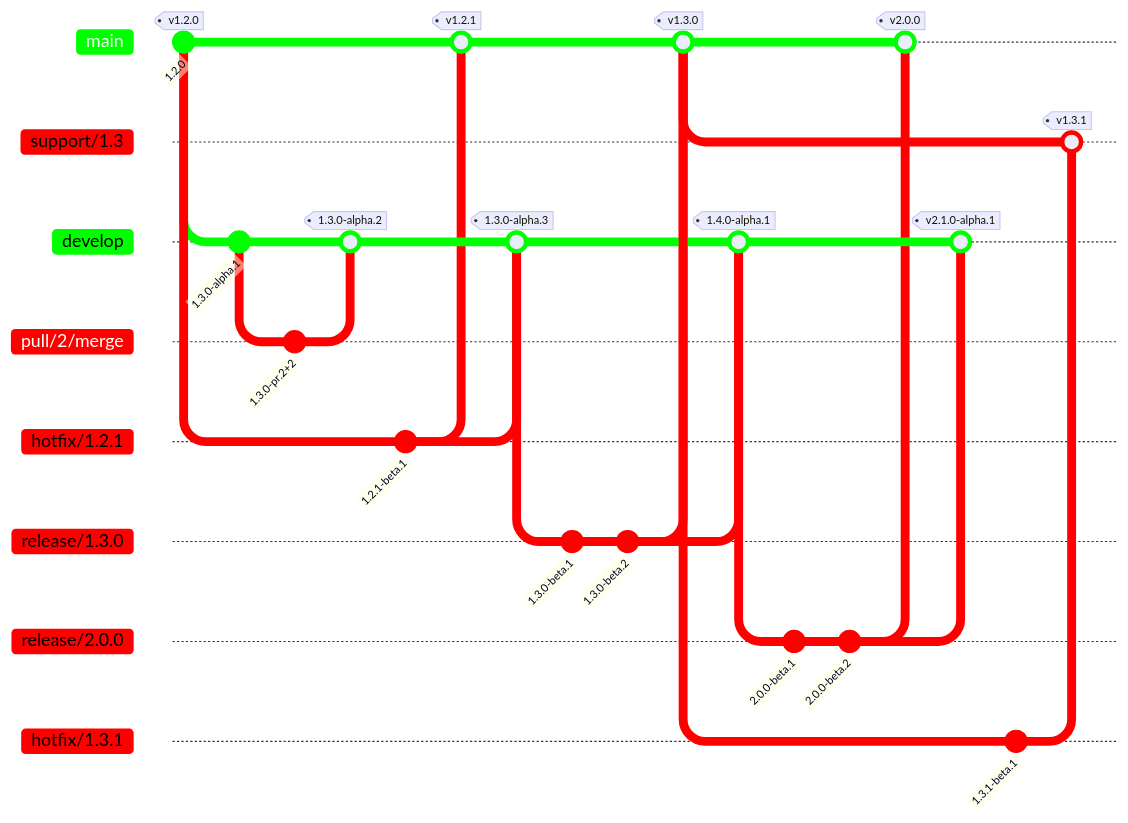
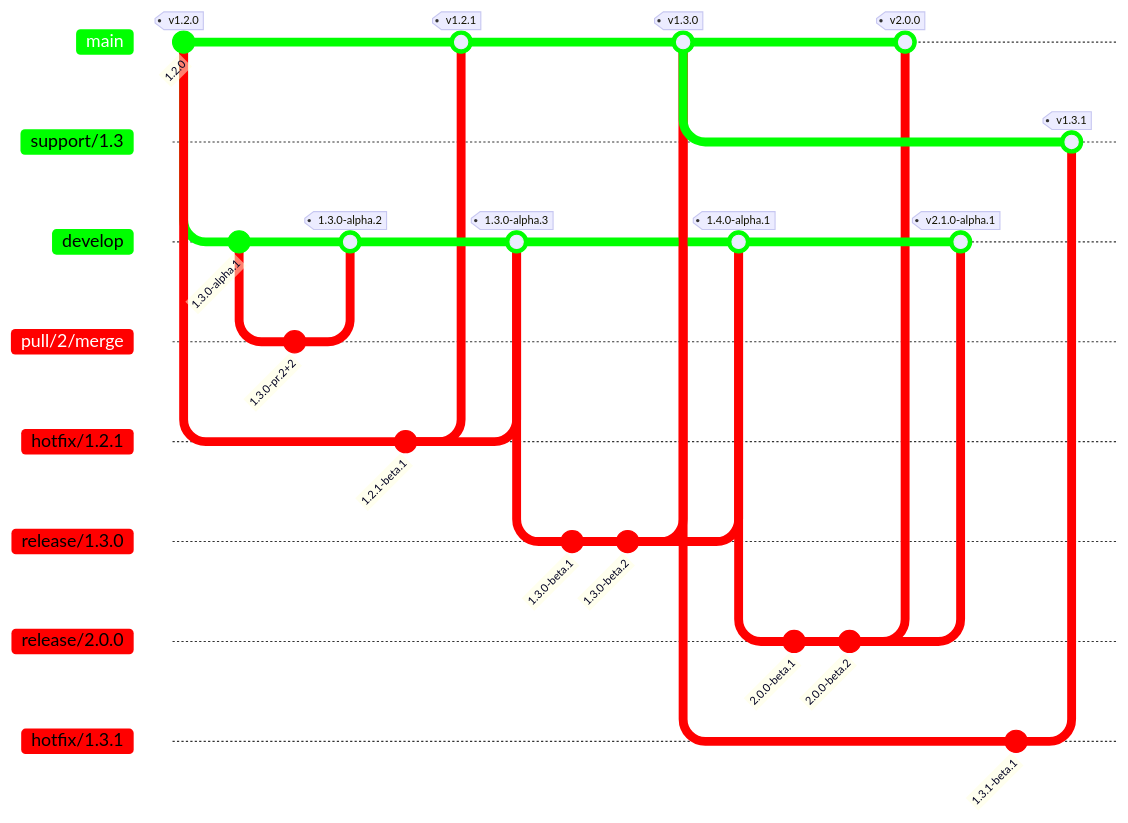
Before and after one commit to rajeshwarraja/json: the diagram in gitflow.md, drawn with Mermaid.

Commit message:
Color correction

````diff
--- a/gitflow.md
+++ b/gitflow.md
@@ -2,54 +2,54 @@
 ``` mermaid
 %%{ init: {
   "theme": "default",
   "themeVariables": {
     "git0": "#00ff00",
-    "git1": "#ff0000",
+    "git1": "#00ff00",
     "git2": "#00ff00",
     "git3": "#ff0000",
     "git4": "#ff0000",
     "git5": "#ff0000",
     "git6": "#ff0000",
     "git7": "#ff0000"
   },
   "gitGraph": {
     "showCommitLabel": true
   }
 }
 }%%
 gitGraph
   commit id: "1.2.0" tag: "v1.2.0"
   branch develop order:1
   commit id: "1.3.0-alpha.1"
   branch pull/2/merge order:1
   commit id: "1.3.0-pr.2+2"
   checkout develop
   merge pull/2/merge tag: "1.3.0-alpha.2"
   checkout main
   branch hotfix/1.2.1 order:1
   commit id: "1.2.1-beta.1"
   checkout main
   merge hotfix/1.2.1 tag: "v1.2.1"
   checkout develop
   merge hotfix/1.2.1 tag: "1.3.0-alpha.3"
   branch release/1.3.0 order:1
   commit id: "1.3.0-beta.1"
   commit id: "1.3.0-beta.2"
   checkout main
   merge release/1.3.0 tag: "v1.3.0"
   branch support/1.3 order:0
   checkout develop
   merge release/1.3.0 tag: "1.4.0-alpha.1"
   branch release/2.0.0 order:1
   commit id: "2.0.0-beta.1"
   commit id: "2.0.0-beta.2"
   checkout main
   merge release/2.0.0 tag: "v2.0.0"
   checkout develop
   merge release/2.0.0 tag: "v2.1.0-alpha.1"
   checkout support/1.3
   branch hotfix/1.3.1 order:1
   commit id: "1.3.1-beta.1"
   checkout support/1.3
   merge hotfix/1.3.1 tag: "v1.3.1"
   ```
````
